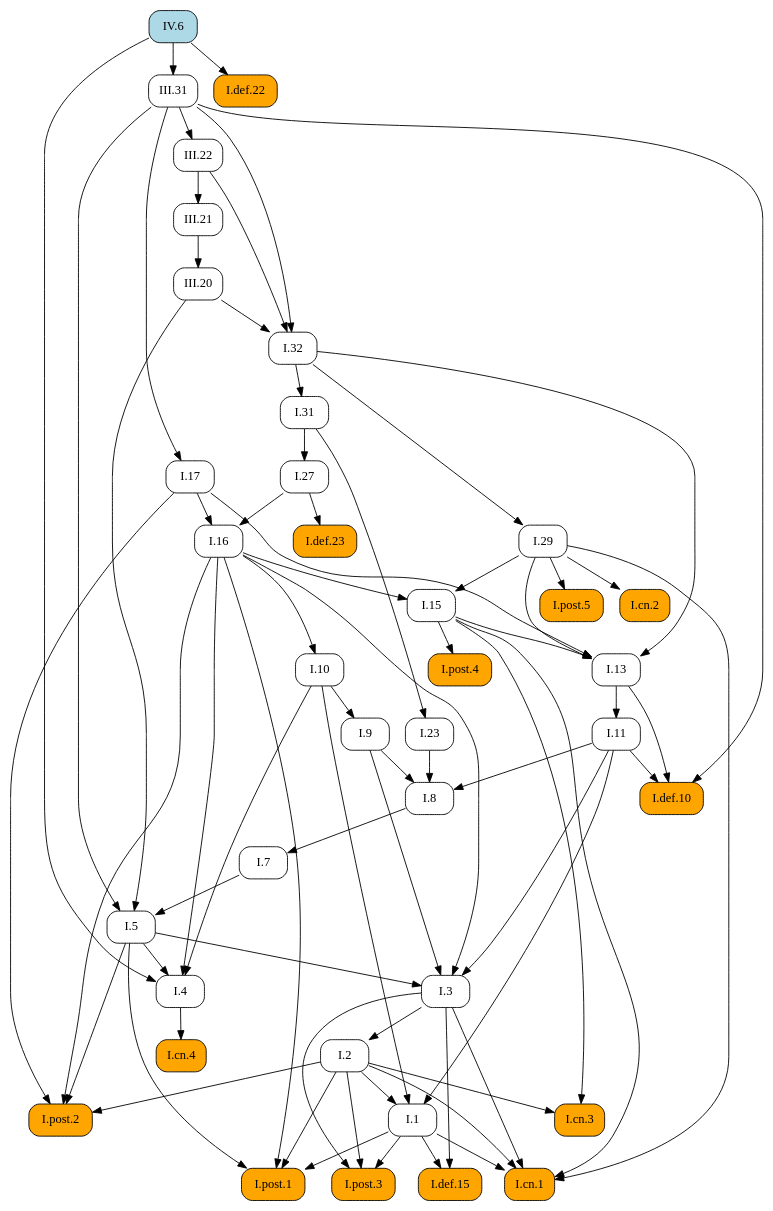
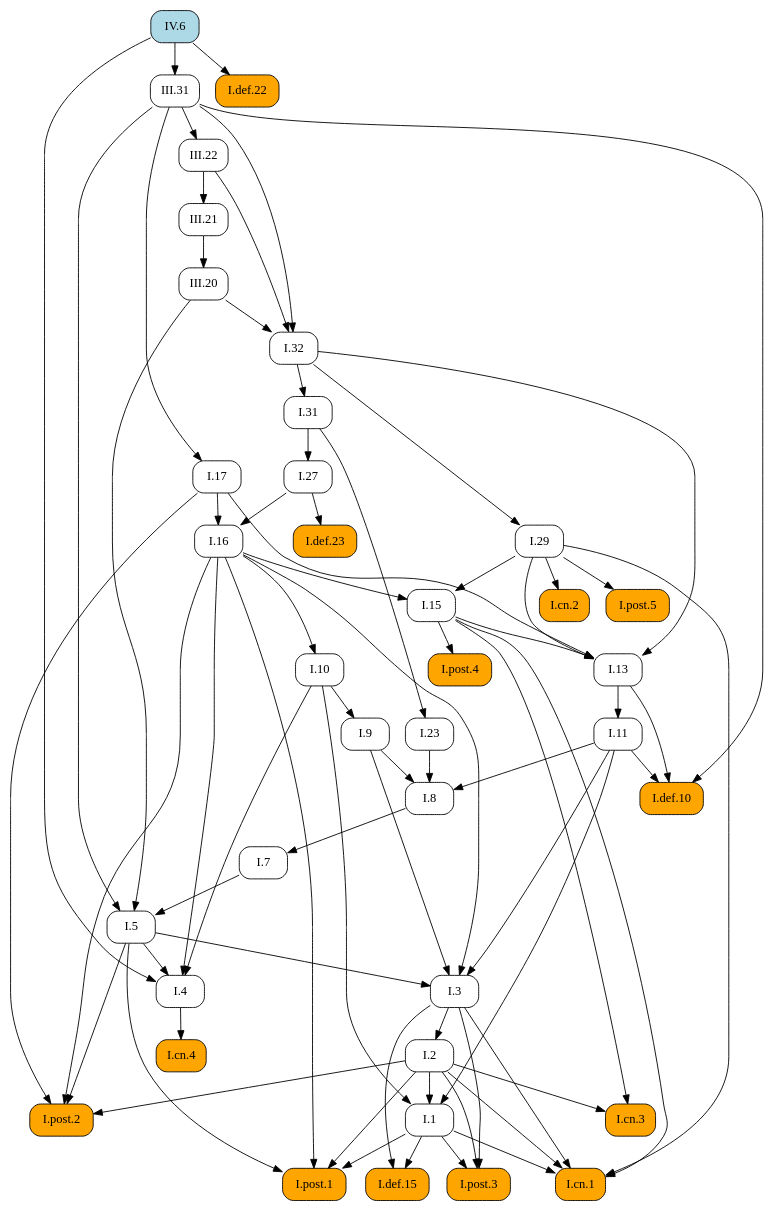
The diagram in docsrc/heath/IV/6/index.rst (geometor/elements), drawn with Graphviz before and after one commit. The commit also changed other lines of this file and 1029 other files, not shown here.

```diff
--- a/docsrc/heath/IV/6/index.rst
+++ b/docsrc/heath/IV/6/index.rst
@@ -63,112 +63,112 @@
    digraph {
      rankdir="TB";
      node [shape=box, style=rounded];
+     "I.def.10" [style="rounded,filled", fillcolor=orange, URL="/heath/I/def.10/", target="_top"];
+     "I.11" [URL="/heath/I/11/", target="_top"];
+     "I.post.4" [style="rounded,filled", fillcolor=orange, URL="/heath/I/post.4/", target="_top"];
+     "I.1" [URL="/heath/I/1/", target="_top"];
+     "I.29" [URL="/heath/I/29/", target="_top"];
+     "III.20" [URL="/heath/III/20/", target="_top"];
+     "I.cn.2" [style="rounded,filled", fillcolor=orange, URL="/heath/I/cn.2/", target="_top"];
+     "III.31" [URL="/heath/III/31/", target="_top"];
+     "I.def.15" [style="rounded,filled", fillcolor=orange, URL="/heath/I/def.15/", target="_top"];
+     "I.post.3" [style="rounded,filled", fillcolor=orange, URL="/heath/I/post.3/", target="_top"];
+     "I.def.22" [style="rounded,filled", fillcolor=orange, URL="/heath/I/def.22/", target="_top"];
+     "I.cn.1" [style="rounded,filled", fillcolor=orange, URL="/heath/I/cn.1/", target="_top"];
      "I.cn.3" [style="rounded,filled", fillcolor=orange, URL="/heath/I/cn.3/", target="_top"];
+     "I.23" [URL="/heath/I/23/", target="_top"];
+     "I.post.1" [style="rounded,filled", fillcolor=orange, URL="/heath/I/post.1/", target="_top"];
+     "IV.6" [style="rounded,filled", fillcolor=lightblue, URL="/heath/IV/6/", target="_top"];
+     "I.27" [URL="/heath/I/27/", target="_top"];
+     "I.7" [URL="/heath/I/7/", target="_top"];
+     "I.3" [URL="/heath/I/3/", target="_top"];
+     "I.2" [URL="/heath/I/2/", target="_top"];
+     "I.4" [URL="/heath/I/4/", target="_top"];
+     "I.def.23" [style="rounded,filled", fillcolor=orange, URL="/heath/I/def.23/", target="_top"];
+     "I.13" [URL="/heath/I/13/", target="_top"];
+     "I.17" [URL="/heath/I/17/", target="_top"];
+     "I.post.2" [style="rounded,filled", fillcolor=orange, URL="/heath/I/post.2/", target="_top"];
+     "I.31" [URL="/heath/I/31/", target="_top"];
+     "I.16" [URL="/heath/I/16/", target="_top"];
+     "I.9" [URL="/heath/I/9/", target="_top"];
+     "I.32" [URL="/heath/I/32/", target="_top"];
+     "I.8" [URL="/heath/I/8/", target="_top"];
+     "I.cn.4" [style="rounded,filled", fillcolor=orange, URL="/heath/I/cn.4/", target="_top"];
+     "I.15" [URL="/heath/I/15/", target="_top"];
+     "III.21" [URL="/heath/III/21/", target="_top"];
      "III.22" [URL="/heath/III/22/", target="_top"];
-     "I.29" [URL="/heath/I/29/", target="_top"];
-     "I.7" [URL="/heath/I/7/", target="_top"];
-     "I.27" [URL="/heath/I/27/", target="_top"];
-     "I.def.23" [style="rounded,filled", fillcolor=orange, URL="/heath/I/def.23/", target="_top"];
-     "I.8" [URL="/heath/I/8/", target="_top"];
-     "IV.6" [style="rounded,filled", fillcolor=lightblue, URL="/heath/IV/6/", target="_top"];
-     "I.9" [URL="/heath/I/9/", target="_top"];
-     "III.20" [URL="/heath/III/20/", target="_top"];
-     "I.post.4" [style="rounded,filled", fillcolor=orange, URL="/heath/I/post.4/", target="_top"];
-     "I.2" [URL="/heath/I/2/", target="_top"];
-     "I.def.15" [style="rounded,filled", fillcolor=orange, URL="/heath/I/def.15/", target="_top"];
-     "I.1" [URL="/heath/I/1/", target="_top"];
-     "I.post.1" [style="rounded,filled", fillcolor=orange, URL="/heath/I/post.1/", target="_top"];
-     "I.cn.4" [style="rounded,filled", fillcolor=orange, URL="/heath/I/cn.4/", target="_top"];
-     "III.31" [URL="/heath/III/31/", target="_top"];
-     "I.13" [URL="/heath/I/13/", target="_top"];
-     "I.23" [URL="/heath/I/23/", target="_top"];
-     "I.cn.2" [style="rounded,filled", fillcolor=orange, URL="/heath/I/cn.2/", target="_top"];
+     "I.post.5" [style="rounded,filled", fillcolor=orange, URL="/heath/I/post.5/", target="_top"];
+     "I.10" [URL="/heath/I/10/", target="_top"];
      "I.5" [URL="/heath/I/5/", target="_top"];
-     "III.21" [URL="/heath/III/21/", target="_top"];
-     "I.11" [URL="/heath/I/11/", target="_top"];
-     "I.10" [URL="/heath/I/10/", target="_top"];
-     "I.4" [URL="/heath/I/4/", target="_top"];
-     "I.3" [URL="/heath/I/3/", target="_top"];
-     "I.16" [URL="/heath/I/16/", target="_top"];
-     "I.31" [URL="/heath/I/31/", target="_top"];
-     "I.def.10" [style="rounded,filled", fillcolor=orange, URL="/heath/I/def.10/", target="_top"];
-     "I.post.2" [style="rounded,filled", fillcolor=orange, URL="/heath/I/post.2/", target="_top"];
-     "I.def.22" [style="rounded,filled", fillcolor=orange, URL="/heath/I/def.22/", target="_top"];
-     "I.post.3" [style="rounded,filled", fillcolor=orange, URL="/heath/I/post.3/", target="_top"];
-     "I.post.5" [style="rounded,filled", fillcolor=orange, URL="/heath/I/post.5/", target="_top"];
-     "I.15" [URL="/heath/I/15/", target="_top"];
-     "I.17" [URL="/heath/I/17/", target="_top"];
-     "I.cn.1" [style="rounded,filled", fillcolor=orange, URL="/heath/I/cn.1/", target="_top"];
-     "I.32" [URL="/heath/I/32/", target="_top"];
-     "I.2" -> "I.cn.3";
-     "I.15" -> "I.cn.3";
-     "III.31" -> "III.22";
-     "I.32" -> "I.29";
-     "I.8" -> "I.7";
-     "I.31" -> "I.27";
-     "I.27" -> "I.def.23";
-     "I.9" -> "I.8";
-     "I.11" -> "I.8";
-     "I.23" -> "I.8";
-     "I.10" -> "I.9";
-     "III.21" -> "III.20";
+     "I.11" -> "I.def.10";
+     "I.13" -> "I.def.10";
+     "III.31" -> "I.def.10";
+     "I.13" -> "I.11";
      "I.15" -> "I.post.4";
-     "I.3" -> "I.2";
-     "I.1" -> "I.def.15";
-     "I.3" -> "I.def.15";
      "I.2" -> "I.1";
      "I.10" -> "I.1";
      "I.11" -> "I.1";
-     "I.1" -> "I.post.1";
-     "I.2" -> "I.post.1";
-     "I.5" -> "I.post.1";
-     "I.16" -> "I.post.1";
-     "I.4" -> "I.cn.4";
+     "I.32" -> "I.29";
+     "III.21" -> "III.20";
+     "I.29" -> "I.cn.2";
      "IV.6" -> "III.31";
-     "I.15" -> "I.13";
-     "I.17" -> "I.13";
-     "I.29" -> "I.13";
-     "I.32" -> "I.13";
-     "I.31" -> "I.23";
-     "I.29" -> "I.cn.2";
-     "I.7" -> "I.5";
-     "III.20" -> "I.5";
-     "III.31" -> "I.5";
-     "III.22" -> "III.21";
-     "I.13" -> "I.11";
-     "I.16" -> "I.10";
-     "I.5" -> "I.4";
-     "I.10" -> "I.4";
-     "I.16" -> "I.4";
-     "IV.6" -> "I.4";
-     "I.5" -> "I.3";
-     "I.9" -> "I.3";
-     "I.11" -> "I.3";
-     "I.16" -> "I.3";
-     "I.17" -> "I.16";
-     "I.27" -> "I.16";
-     "I.32" -> "I.31";
-     "I.11" -> "I.def.10";
-     "I.13" -> "I.def.10";
-     "III.31" -> "I.def.10";
-     "I.2" -> "I.post.2";
-     "I.5" -> "I.post.2";
-     "I.16" -> "I.post.2";
-     "I.17" -> "I.post.2";
-     "IV.6" -> "I.def.22";
+     "I.1" -> "I.def.15";
+     "I.3" -> "I.def.15";
      "I.1" -> "I.post.3";
      "I.2" -> "I.post.3";
      "I.3" -> "I.post.3";
-     "I.29" -> "I.post.5";
-     "I.16" -> "I.15";
-     "I.29" -> "I.15";
-     "III.31" -> "I.17";
+     "IV.6" -> "I.def.22";
      "I.1" -> "I.cn.1";
      "I.2" -> "I.cn.1";
      "I.3" -> "I.cn.1";
      "I.15" -> "I.cn.1";
      "I.29" -> "I.cn.1";
+     "I.2" -> "I.cn.3";
+     "I.15" -> "I.cn.3";
+     "I.31" -> "I.23";
+     "I.1" -> "I.post.1";
+     "I.2" -> "I.post.1";
+     "I.5" -> "I.post.1";
+     "I.16" -> "I.post.1";
+     "I.31" -> "I.27";
+     "I.8" -> "I.7";
+     "I.5" -> "I.3";
+     "I.9" -> "I.3";
+     "I.11" -> "I.3";
+     "I.16" -> "I.3";
+     "I.3" -> "I.2";
+     "I.5" -> "I.4";
+     "I.10" -> "I.4";
+     "I.16" -> "I.4";
+     "IV.6" -> "I.4";
+     "I.27" -> "I.def.23";
+     "I.15" -> "I.13";
+     "I.17" -> "I.13";
+     "I.29" -> "I.13";
+     "I.32" -> "I.13";
+     "III.31" -> "I.17";
+     "I.2" -> "I.post.2";
+     "I.5" -> "I.post.2";
+     "I.16" -> "I.post.2";
+     "I.17" -> "I.post.2";
+     "I.32" -> "I.31";
+     "I.17" -> "I.16";
+     "I.27" -> "I.16";
+     "I.10" -> "I.9";
      "III.20" -> "I.32";
      "III.22" -> "I.32";
      "III.31" -> "I.32";
+     "I.9" -> "I.8";
+     "I.11" -> "I.8";
+     "I.23" -> "I.8";
+     "I.4" -> "I.cn.4";
+     "I.16" -> "I.15";
+     "I.29" -> "I.15";
+     "III.22" -> "III.21";
+     "III.31" -> "III.22";
+     "I.29" -> "I.post.5";
+     "I.16" -> "I.10";
+     "I.7" -> "I.5";
+     "III.20" -> "I.5";
+     "III.31" -> "I.5";
    }
```
